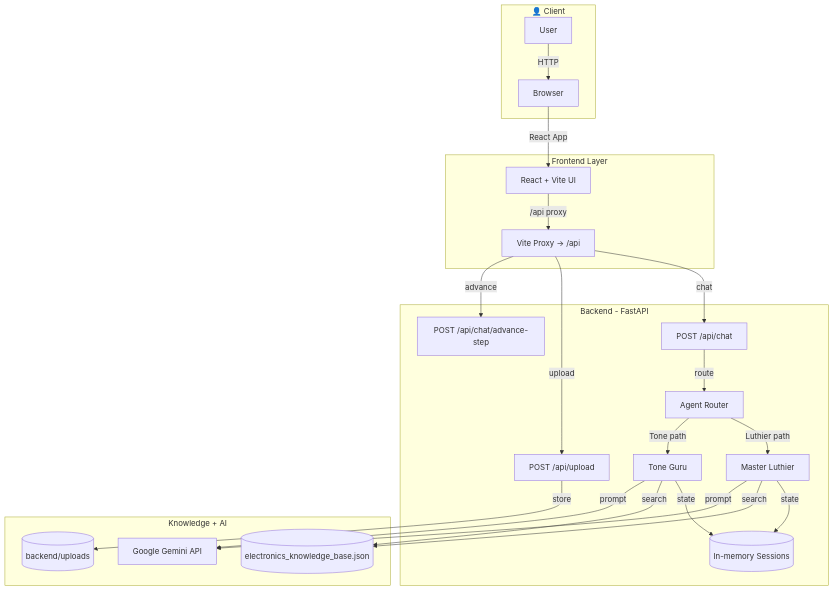
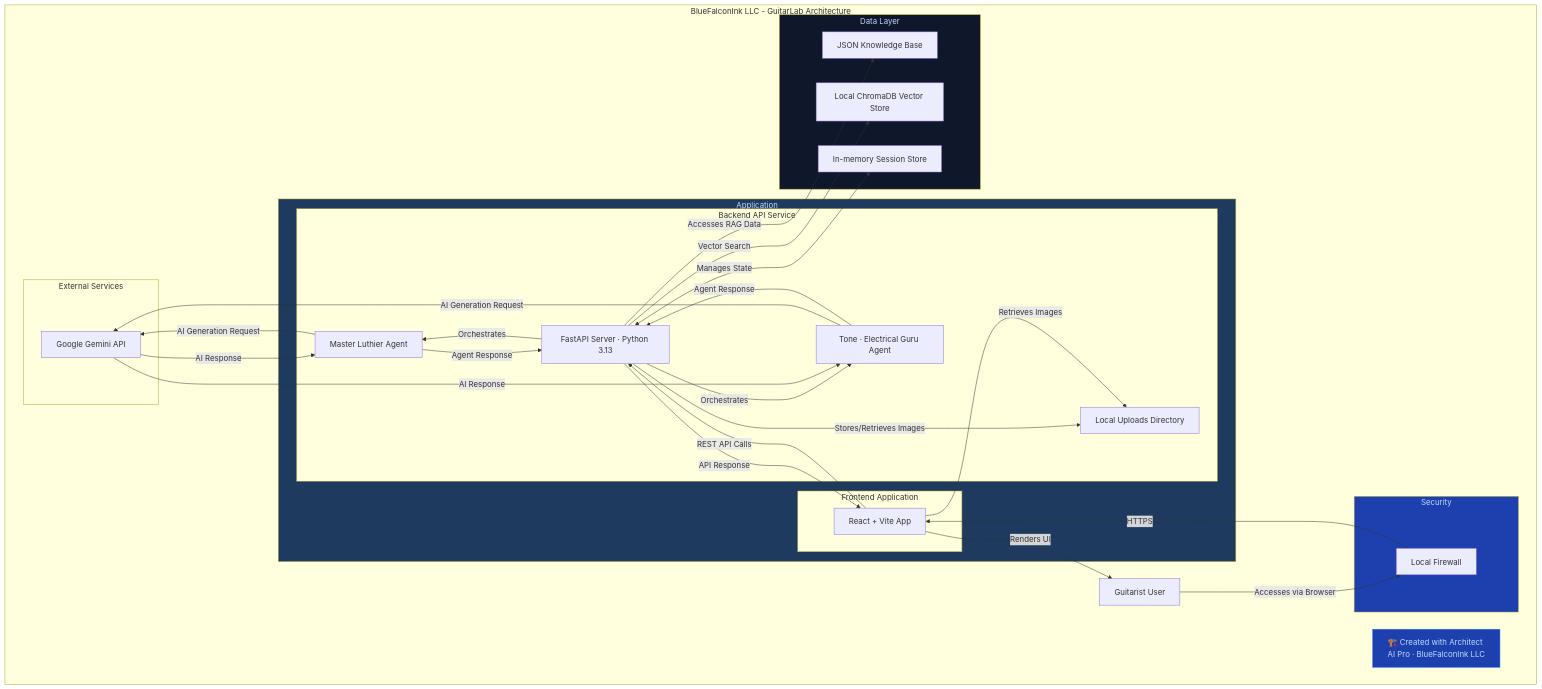
One commit to bluefalconink/GuitarLab changed the diagram in docs/architecture.md. Above: the diagram before and after it, drawn with Mermaid. The commit also changed other lines of this file and 3 other files, not shown here.

Commit message:
docs: auto-update architecture diagram via Architect AI Pro [skip ci]

````diff
--- a/docs/architecture.md
+++ b/docs/architecture.md
@@ -17,52 +17,61 @@
 ```mermaid
-%% GuitarLab architecture - current local implementation
+%% Generated by Architect AI Pro | BlueFalconInk LLC
+%% https://architect-ai-pro-mobile-edition-484078543321.us-west1.run.app/
 graph TD
-    subgraph Client["👤 Client"]
-        User["User"]
-        Browser["Browser"]
+    subgraph BFI_Arch ["BlueFalconInk LLC - GuitarLab Architecture"]
+        User[Guitarist User]
+
+        subgraph SecuritySG ["Security"]
+            LocalFirewall[Local Firewall]
+        end
+
+        subgraph ApplicationSG ["Application"]
+            subgraph FrontendApp ["Frontend Application"]
+                ReactVite[React + Vite App]
+            end
+
+            subgraph BackendApp ["Backend API Service"]
+                FastAPI[FastAPI Server · Python 3.13]
+                LuthierAgent[Master Luthier Agent]
+                ToneGuruAgent[Tone · Electrical Guru Agent]
+                Uploads[Local Uploads Directory]
+            end
+        end
+
+        subgraph DataSG ["Data Layer"]
+            KnowledgeBase[JSON Knowledge Base]
+            ChromaDB[Local ChromaDB Vector Store]
+            SessionStore[In-memory Session Store]
+        end
+
+        subgraph ExternalSG ["External Services"]
+            GoogleGemini[Google Gemini API]
+        end
+
+        User -->|Accesses via Browser| LocalFirewall
+        LocalFirewall -->|HTTPS| ReactVite
+        ReactVite -->|REST API Calls| FastAPI
+        FastAPI -->|Orchestrates| LuthierAgent
+        FastAPI -->|Orchestrates| ToneGuruAgent
+        LuthierAgent -->|AI Generation Request| GoogleGemini
+        ToneGuruAgent -->|AI Generation Request| GoogleGemini
+        GoogleGemini -->|AI Response| LuthierAgent
+        GoogleGemini -->|AI Response| ToneGuruAgent
+        LuthierAgent -->|Agent Response| FastAPI
+        ToneGuruAgent -->|Agent Response| FastAPI
+        FastAPI -->|Stores/Retrieves Images| Uploads
+        ReactVite -->|Retrieves Images| Uploads
+        FastAPI -->|Accesses RAG Data| KnowledgeBase
+        FastAPI -->|Vector Search| ChromaDB
+        FastAPI <-->|Manages State| SessionStore
+        FastAPI -->|API Response| ReactVite
+        ReactVite -->|Renders UI| User
+
+        FOOTER[🏗️ Created with Architect AI Pro · BlueFalconInk LLC]
     end
 
-    subgraph Frontend["Frontend Layer"]
-        ReactApp["React + Vite UI"]
-        ViteProxy["Vite Proxy → /api"]
-    end
-
-    subgraph Backend["Backend - FastAPI"]
-        ChatRoute["POST /api/chat"]
-        UploadRoute["POST /api/upload"]
-        AdvanceRoute["POST /api/chat/advance-step"]
-        AgentRouter["Agent Router"]
-        Luthier["Master Luthier"]
-        ToneGuru["Tone Guru"]
-        Sessions[("In-memory Sessions")]
-    end
-
-    subgraph Knowledge["Knowledge + AI"]
-        KB[("electronics_knowledge_base.json")]
-        Uploads[("backend/uploads")]
-        Gemini["Google Gemini API"]
-    end
-
-    User -->|HTTP| Browser
-    Browser -->|React App| ReactApp
-    ReactApp -->|/api proxy| ViteProxy
-    
-    ViteProxy -->|chat| ChatRoute
-    ViteProxy -->|upload| UploadRoute
-    ViteProxy -->|advance| AdvanceRoute
-
-    ChatRoute -->|route| AgentRouter
-    UploadRoute -->|store| Uploads
-    
-    AgentRouter -->|Luthier path| Luthier
-    AgentRouter -->|Tone path| ToneGuru
-
-    Luthier -->|state| Sessions
-    ToneGuru -->|state| Sessions
-
-    Luthier -->|search| KB
-    ToneGuru -->|search| KB
-
-    Luthier -->|prompt| Gemini
-    ToneGuru -->|prompt| Gemini
+    style SecuritySG fill:#1E40AF,color:#BFDBFE
+    style ApplicationSG fill:#1E3A5F,color:#BFDBFE
+    style DataSG fill:#0F172A,color:#BFDBFE
+    style FOOTER fill:#1E40AF,color:#BFDBFE,stroke:#3B82F6
 ```
````
